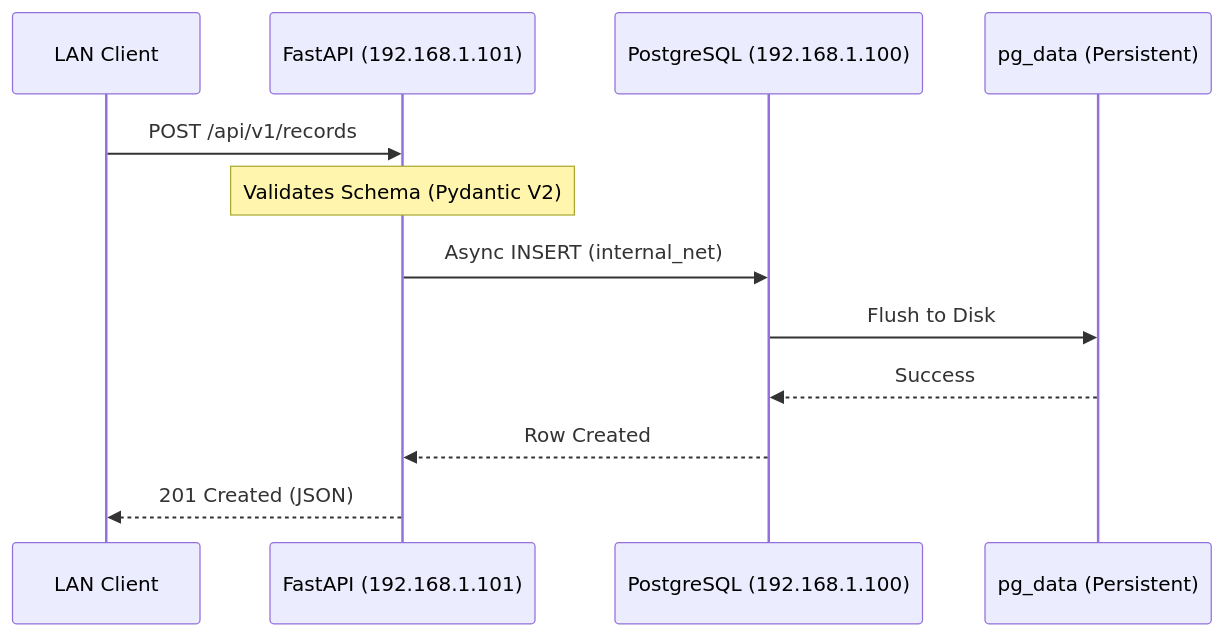
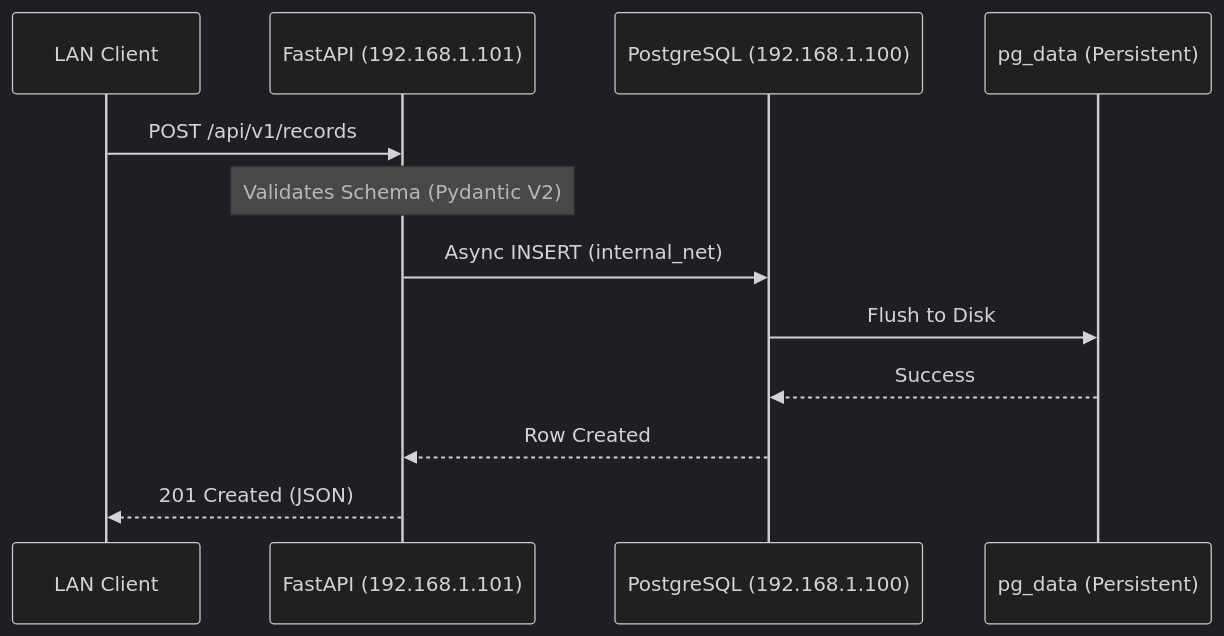
The second of 2 diagrams in Project Assignment/README.md (Srijato-05/DevOps-Theory-Lab), drawn with Mermaid before and after one commit. The commit also changed other lines of this file and 3 other files, not shown here.

````diff
--- a/Project Assignment/README.md
+++ b/Project Assignment/README.md
@@ -49,15 +59,16 @@
 ```mermaid
+%%{init: {'theme': 'dark'}}%%
 sequenceDiagram
     participant User as LAN Client
     participant API as FastAPI (192.168.1.101)
     participant DB as PostgreSQL (192.168.1.100)
     participant Volume as pg_data (Persistent)
 
     User->>API: POST /api/v1/records
     Note over API: Validates Schema (Pydantic V2)
     API->>DB: Async INSERT (internal_net)
     DB->>Volume: Flush to Disk
     Volume-->>DB: Success
     DB-->>API: Row Created
     API-->>User: 201 Created (JSON)
 ```
````
